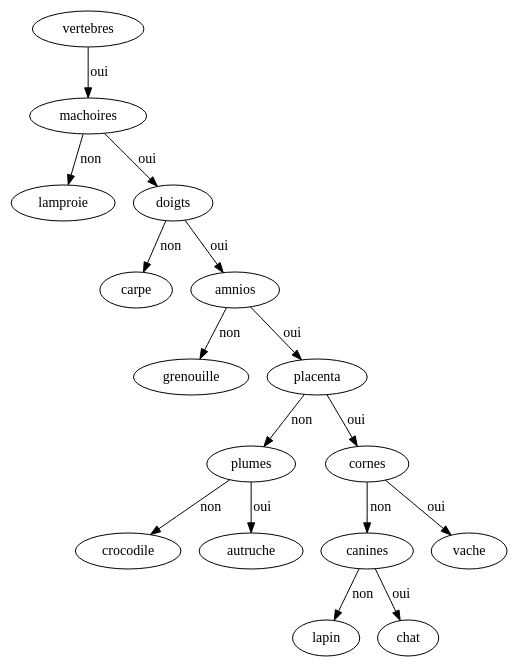
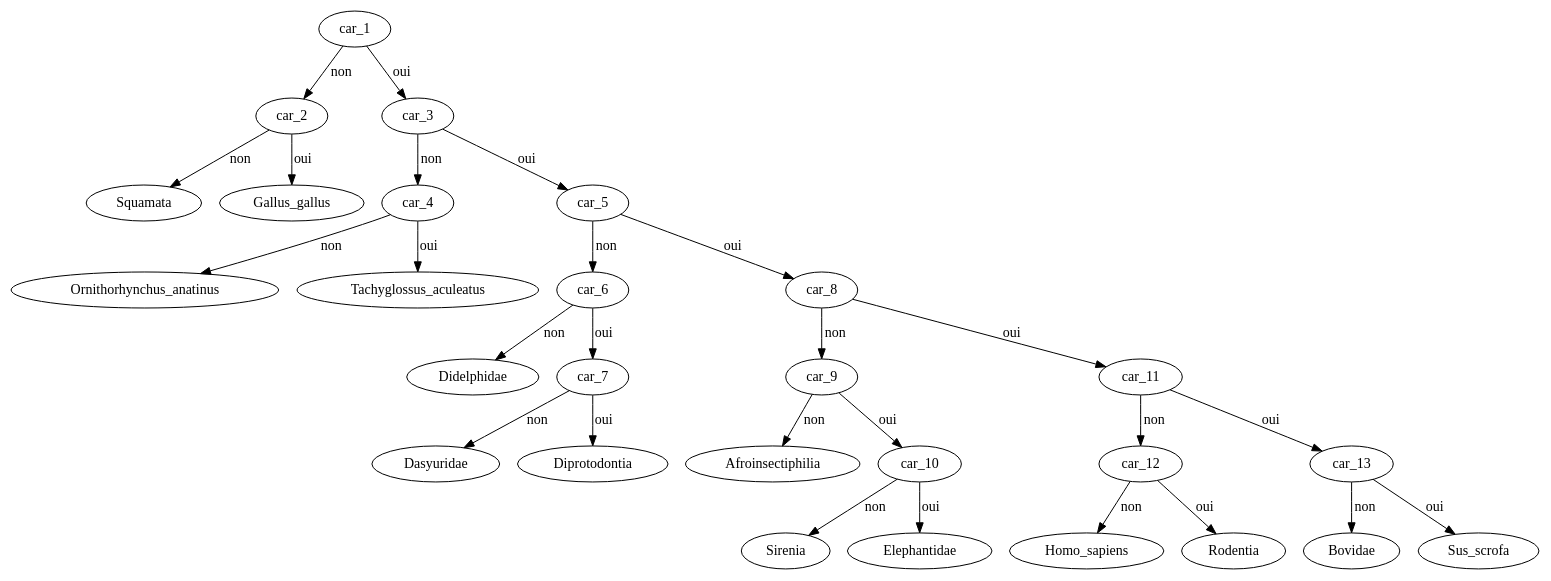
Before and after one commit to MassiGy/C-arbres-phylogenetiques: the diagram in src/APP3/arbre.dot, drawn with Graphviz. The commit also changed other lines of this file and 23 other files, not shown here.

```diff
--- a/src/APP3/arbre.dot
+++ b/src/APP3/arbre.dot
@@ -1,17 +1,28 @@
 digraph arbre {
-	vertebres -> machoires [label = "oui"]
-	machoires -> lamproie [label = "non"]
-	machoires -> doigts [label = "oui"]
-	doigts -> carpe [label = "non"]
-	doigts -> amnios [label = "oui"]
-	amnios -> grenouille [label = "non"]
-	amnios -> placenta [label = "oui"]
-	placenta -> plumes [label = "non"]
-	placenta -> cornes [label = "oui"]
-	plumes -> crocodile [label = "non"]
-	plumes -> autruche [label = "oui"]
-	cornes -> canines [label = "non"]
-	cornes -> vache [label = "oui"]
-	canines -> lapin [label = "non"]
-	canines -> chat [label = "oui"]
-}
+	car_1 -> car_2 [label = "non"]
+	car_1 -> car_3 [label = "oui"]
+	car_2 -> Squamata [label = "non"]
+	car_2 -> Gallus_gallus [label = "oui"]
+	car_3 -> car_4 [label = "non"]
+	car_3 -> car_5 [label = "oui"]
+	car_4 -> Ornithorhynchus_anatinus [label = "non"]
+	car_4 -> Tachyglossus_aculeatus [label = "oui"]
+	car_5 -> car_6 [label = "non"]
+	car_5 -> car_8 [label = "oui"]
+	car_6 -> Didelphidae [label = "non"]
+	car_6 -> car_7 [label = "oui"]
+	car_7 -> Dasyuridae [label = "non"]
+	car_7 -> Diprotodontia [label = "oui"]
+	car_8 -> car_9 [label = "non"]
+	car_8 -> car_11 [label = "oui"]
+	car_9 -> Afroinsectiphilia [label = "non"]
+	car_9 -> car_10 [label = "oui"]
+	car_10 -> Sirenia [label = "non"]
+	car_10 -> Elephantidae [label = "oui"]
+	car_11 -> car_12 [label = "non"]
+	car_11 -> car_13 [label = "oui"]
+	car_12 -> Homo_sapiens [label = "non"]
+	car_12 -> Rodentia [label = "oui"]
+	car_13 -> Bovidae [label = "non"]
+	car_13 -> Sus_scrofa [label = "oui"]
+}	
```
